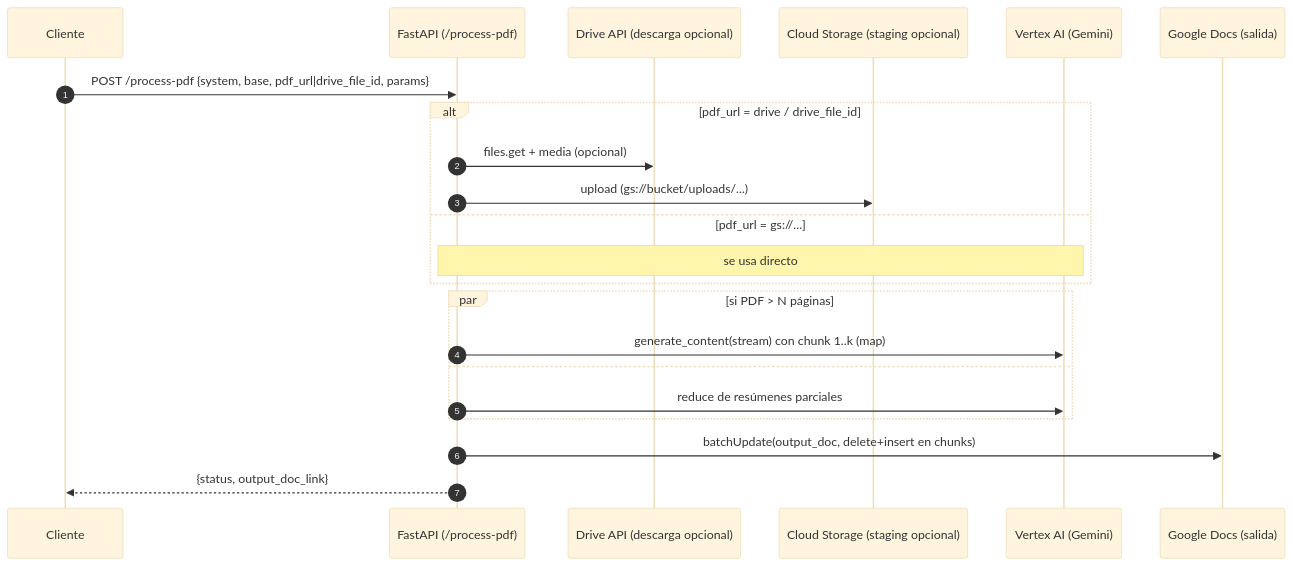
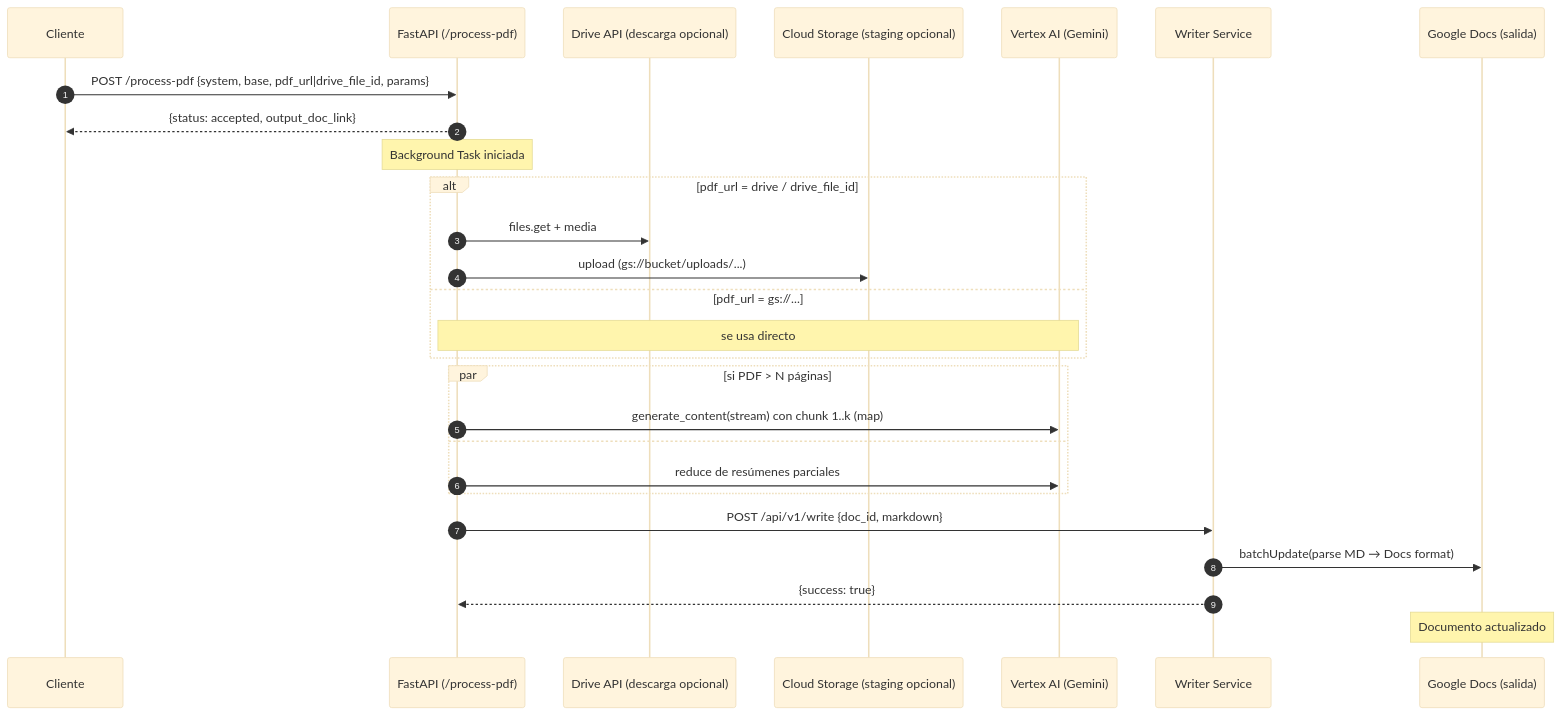
Before and after one commit to lortegamendozafirm/brain: the second of 2 diagrams in README.md, drawn with Mermaid (base theme). The commit also changed other lines of this file and 16 other files, not shown here.

````diff
--- a/README.md
+++ b/README.md
@@ -84,25 +96,30 @@
 ```mermaid
 sequenceDiagram
   autonumber
   participant C as Cliente
   participant API as FastAPI (/process-pdf)
   participant DR as Drive API (descarga opcional)
   participant GCS as Cloud Storage (staging opcional)
   participant V as Vertex AI (Gemini)
+  participant WS as Writer Service
   participant GO as Google Docs (salida)
 
   C->>API: POST /process-pdf {system, base, pdf_url|drive_file_id, params}
+  API-->>C: {status: accepted, output_doc_link}
+  Note over API: Background Task iniciada
   alt pdf_url = drive / drive_file_id
-    API->>DR: files.get + media (opcional)
+    API->>DR: files.get + media
     API->>GCS: upload (gs://bucket/uploads/...)
   else pdf_url = gs://...
     Note over API,V: se usa directo
   end
   par si PDF > N páginas
     API->>V: generate_content(stream) con chunk 1..k (map)
   and
     API->>V: reduce de resúmenes parciales
   end
-  API->>GO: batchUpdate(output_doc, delete+insert en chunks)
-  API-->>C: {status, output_doc_link}
+  API->>WS: POST /api/v1/write {doc_id, markdown}
+  WS->>GO: batchUpdate(parse MD → Docs format)
+  WS-->>API: {success: true}
+  Note over GO: Documento actualizado
 ```
````
